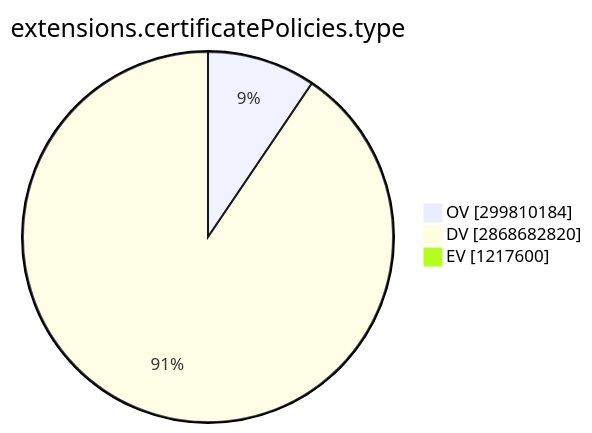
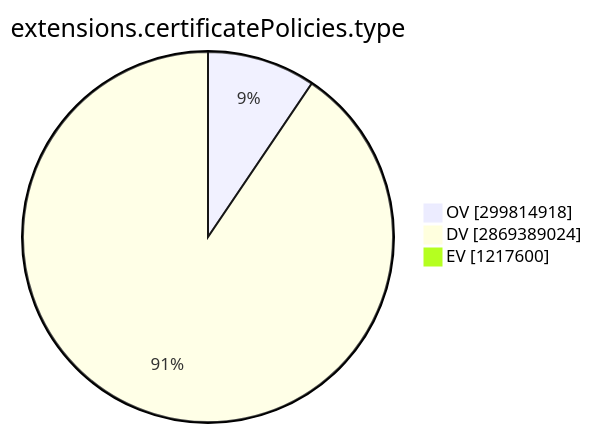
One commit to christiankrug/ctmonitor_visualization changed the ninth of 15 diagrams in TOTAL/README.md. Above: the diagram before and after it, drawn with Mermaid. The commit also changed other lines of this file, not shown here.

````diff
--- a/TOTAL/README.md
+++ b/TOTAL/README.md
@@ -3101,7 +3101,7 @@
 ```mermaid
 pie showData
 title extensions.certificatePolicies.type
-"OV" :299810184
-"DV" :2868682820
+"OV" :299814918
+"DV" :2869389024
 "EV" :1217600
 ```
````
